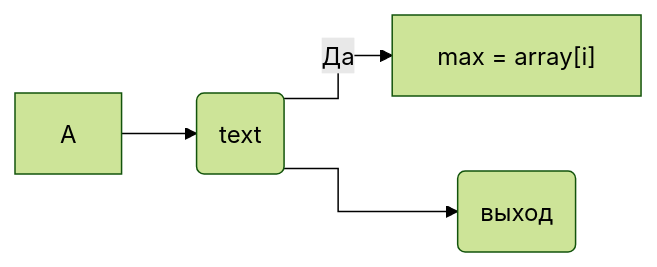
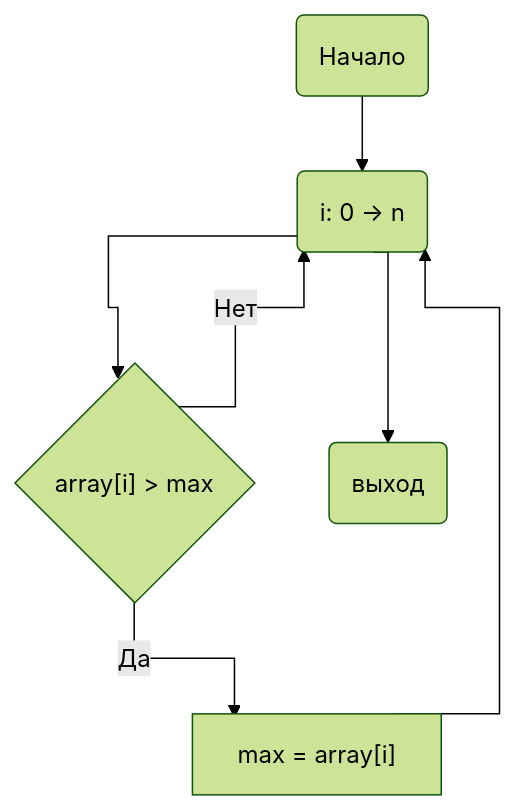
One commit to Sarkoxed/ParProg2022 changed the diagram in lab5/lab5.md. Above: the diagram before and after it, drawn with Mermaid (forest theme). The commit also changed other lines of this file, not shown here.

Commit message:
lab5 done

````diff
--- a/lab5/lab5.md
+++ b/lab5/lab5.md
@@ -31,7 +34,10 @@
 ```mermaid
-	%%{ init : { "flowchart" : { "curve" : "stepAfter" }}}%%
-	graph LR
-		A --> B(text)
-		B --> |Да| D["max = array[i]"]
-		B --> E(выход)
+    %%{ init : {"flowchart" : { "curve" : "stepAfter", "diagramPadding" : 20 }}}%%
+    graph TD
+        A(Начало) --> B(i: 0 -> n)
+        B --> C{"array[i] > max"}
+        B --> E(выход)
+        C -->|Да| D["max = array[i]"]
+        D --> B
+        C -->|Нет| B
 ```
````
